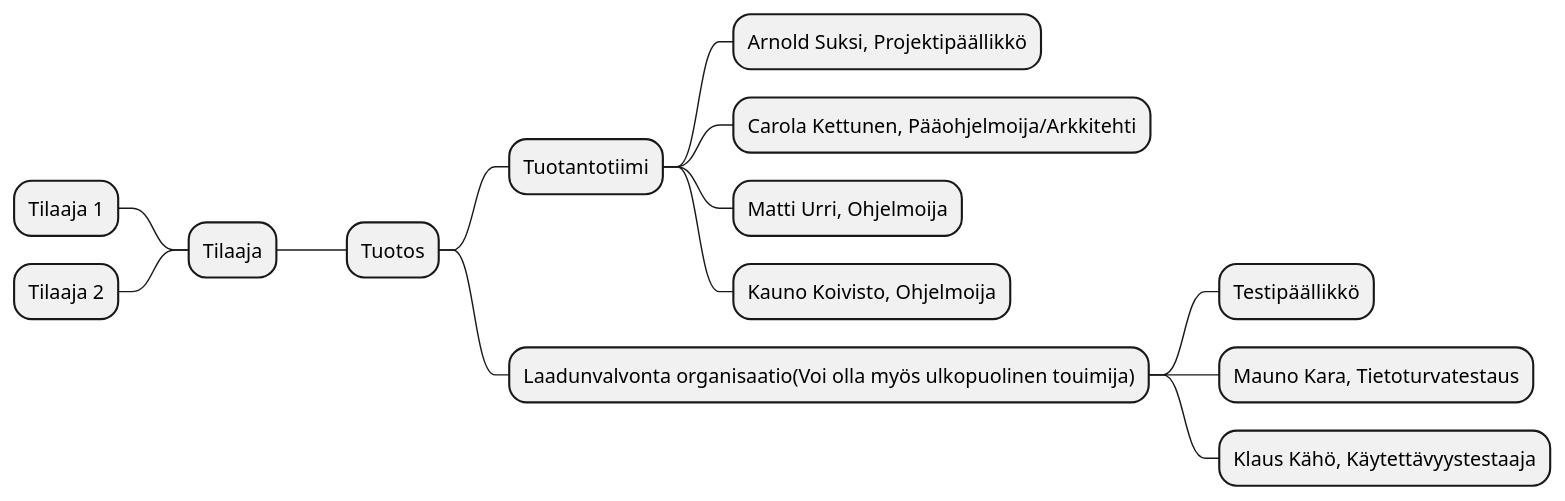
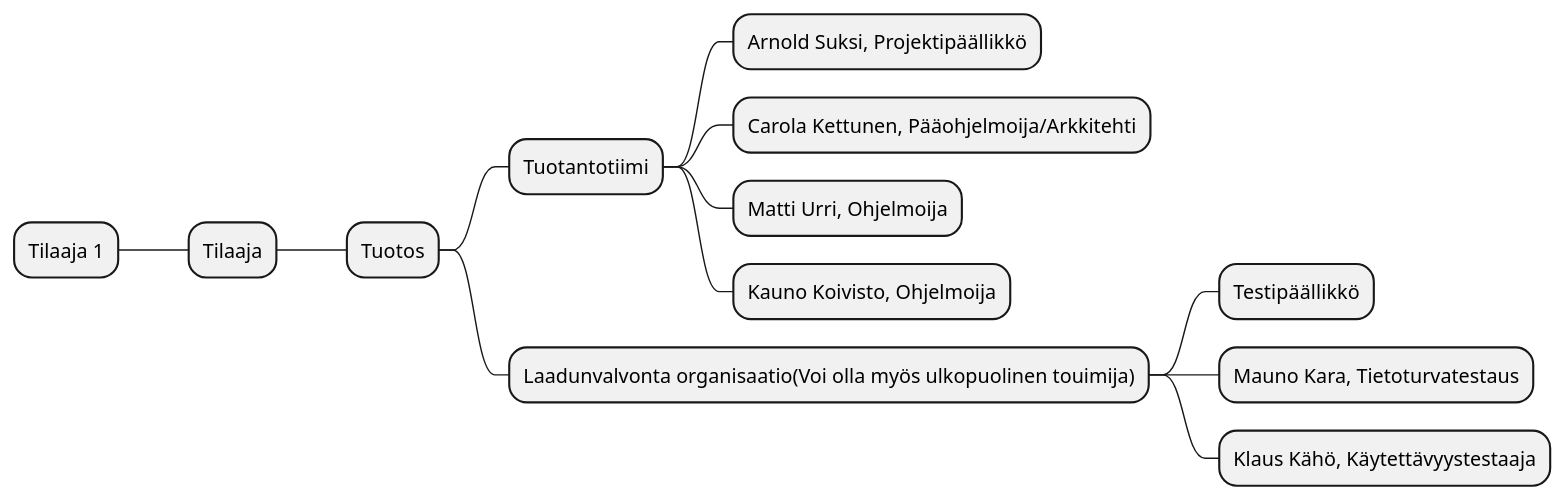
Before and after one commit to M11k4/DynamiittiOrava: the second of 3 diagrams in dokumentit/10-Projektihallinta/tiivistetty-projektisuunnitelma.md, drawn with PlantUML. The commit also changed other lines of this file, not shown here.

````diff
--- a/dokumentit/10-Projektihallinta/tiivistetty-projektisuunnitelma.md
+++ b/dokumentit/10-Projektihallinta/tiivistetty-projektisuunnitelma.md
@@ -130,17 +132,16 @@
 ```plantuml
 @startmindmap
 + Tuotos
 ++ Tuotantotiimi
 +++ Arnold Suksi, Projektipäällikkö
 +++ Carola Kettunen, Pääohjelmoija/Arkkitehti
 +++ Matti Urri, Ohjelmoija
 +++ Kauno Koivisto, Ohjelmoija
 -- Tilaaja
 --- Tilaaja 1
---- Tilaaja 2
 ++ Laadunvalvonta organisaatio(Voi olla myös ulkopuolinen touimija)
 +++ Testipäällikkö
 +++ Mauno Kara, Tietoturvatestaus
 +++ Klaus Kähö, Käytettävyystestaaja
 @endmindmap
 ```
````
